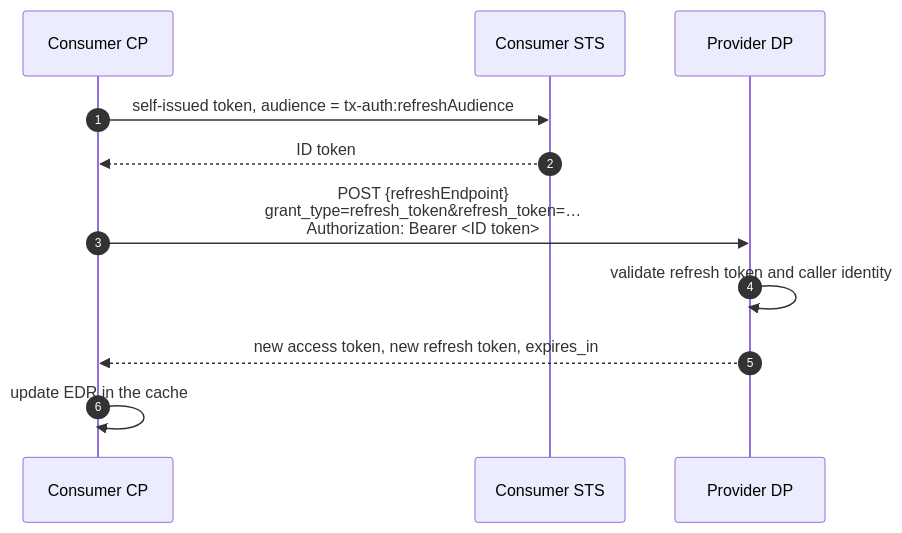
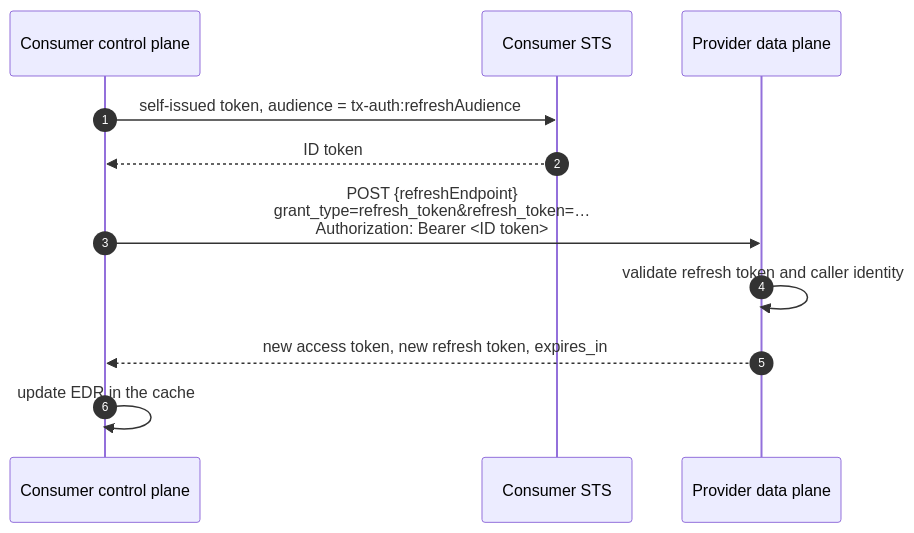
One commit to eclipse-tractusx/tractusx-edc changed the second of 2 diagrams in docs/architecture/edr-and-token-refresh.md. Above: the diagram before and after it, drawn with Mermaid. The commit also changed 4 other files, not shown here.

First line of the commit message:
docs: square sidebar rows; spell out control plane and data plane

````diff
--- a/docs/architecture/edr-and-token-refresh.md
+++ b/docs/architecture/edr-and-token-refresh.md
@@ -60,13 +60,13 @@
 ```mermaid
 sequenceDiagram
   autonumber
-  participant CCP as Consumer CP
+  participant CCP as Consumer control plane
   participant STS as Consumer STS
-  participant PDP as Provider DP
+  participant PDP as Provider data plane
   CCP->>STS: self-issued token, audience = tx-auth:refreshAudience
   STS-->>CCP: ID token
   CCP->>PDP: POST {refreshEndpoint}<br/>grant_type=refresh_token&refresh_token=…<br/>Authorization: Bearer <ID token>
   PDP->>PDP: validate refresh token and caller identity
   PDP-->>CCP: new access token, new refresh token, expires_in
   CCP->>CCP: update EDR in the cache
 ```
````
